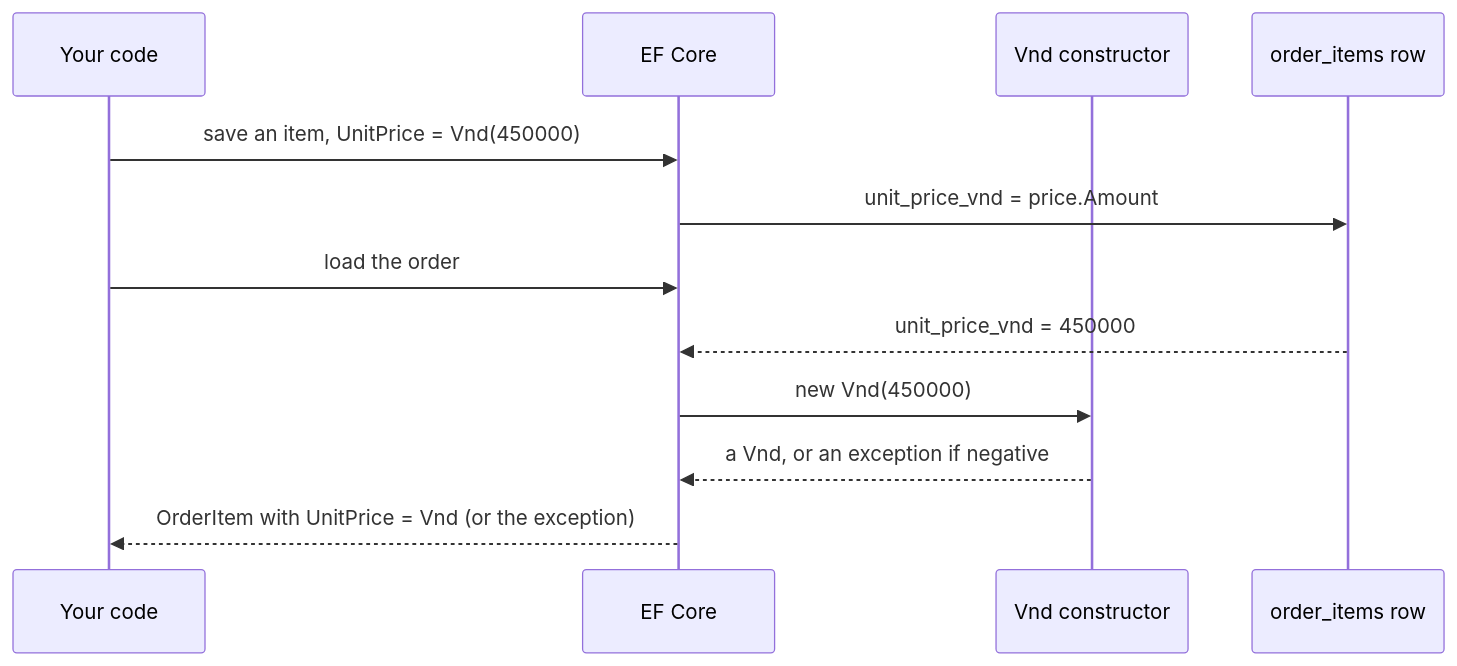
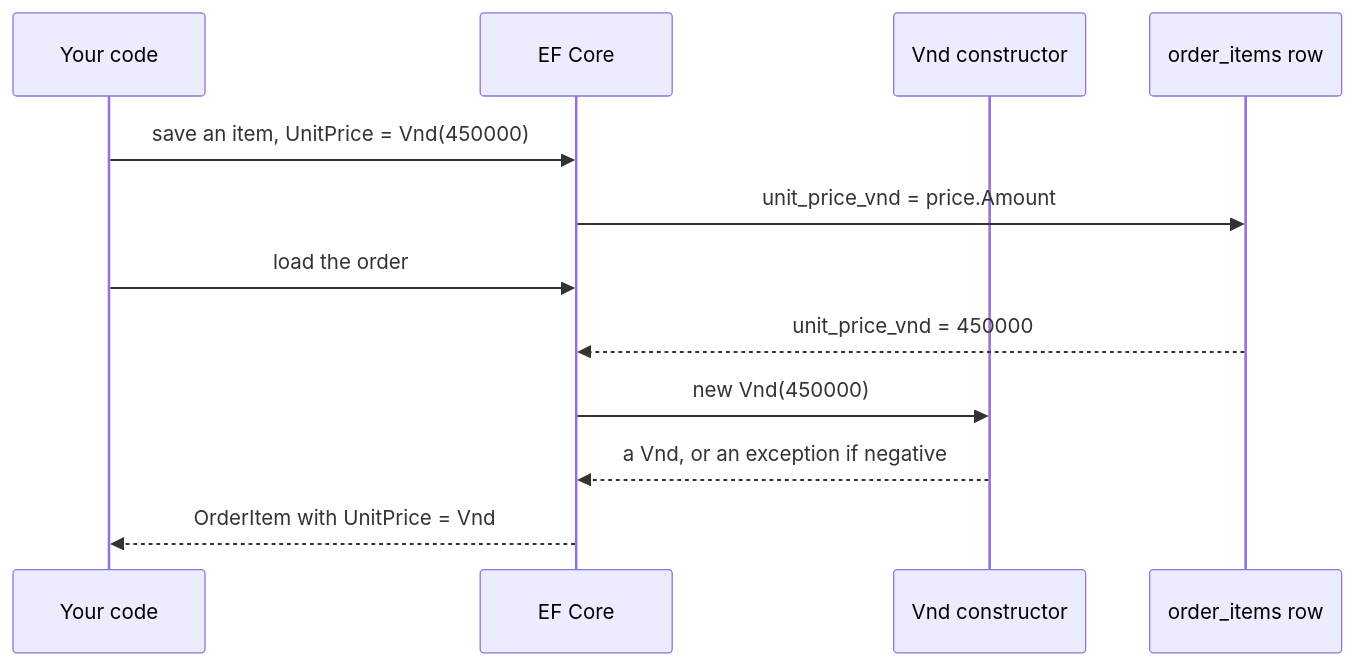
One commit to duyan11110/lo-trinh-architect changed the diagram in content/tracks/design/ddd-tactical/design.l3.storing-value-objects.en.md. Above: the diagram before and after it, drawn with Mermaid. The commit also changed other lines of this file and 32 other files, not shown here.

````diff
--- a/content/tracks/design/ddd-tactical/design.l3.storing-value-objects.en.md
+++ b/content/tracks/design/ddd-tactical/design.l3.storing-value-objects.en.md
@@ -42,14 +41,14 @@
 ```mermaid
 sequenceDiagram
   participant C as Your code
   participant E as EF Core
   participant V as Vnd constructor
   participant T as order_items row
   C->>E: save an item, UnitPrice = Vnd(450000)
   E->>T: unit_price_vnd = price.Amount
   C->>E: load the order
   T-->>E: unit_price_vnd = 450000
   E->>V: new Vnd(450000)
   V-->>E: a Vnd, or an exception if negative
-  E-->>C: OrderItem with UnitPrice = Vnd (or the exception)
+  E-->>C: OrderItem with UnitPrice = Vnd
 ```
````
